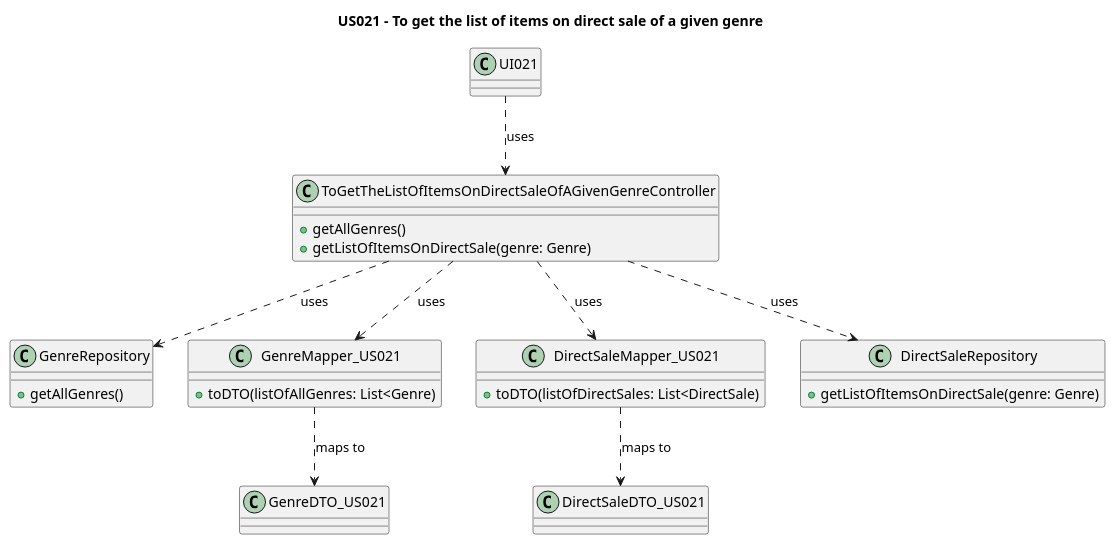
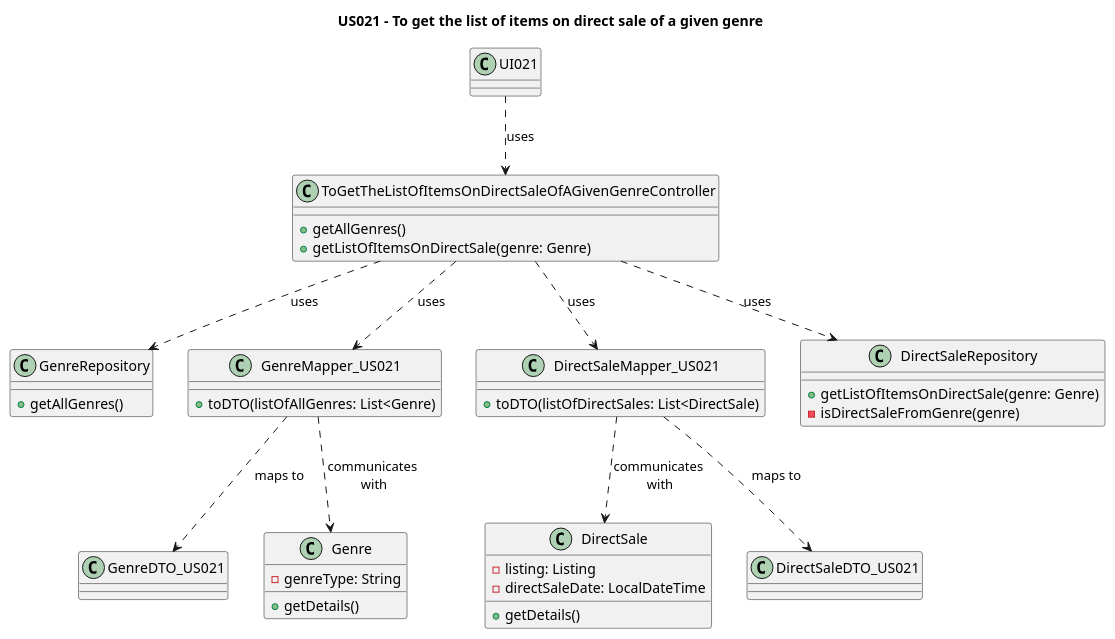
Before and after one commit to AndrePereiraGitH/SWitCH-Project-Team_A: the diagram in Diagrams/ClassDiagrams/US021-to-get-the-list-of-items-on-direct-sale-of-a-given-genre.puml, drawn with PlantUML. The commit also changed 1 other file, not shown here.

```diff
--- a/Diagrams/ClassDiagrams/US021-to-get-the-list-of-items-on-direct-sale-of-a-given-genre.puml
+++ b/Diagrams/ClassDiagrams/US021-to-get-the-list-of-items-on-direct-sale-of-a-given-genre.puml
@@ -1,89 +1,56 @@
 @startuml
 title US021 - To get the list of items on direct sale of a given genre
 
 class UI021 {
 
 }
 
 class ToGetTheListOfItemsOnDirectSaleOfAGivenGenreController {
   +getAllGenres()
   +getListOfItemsOnDirectSale(genre: Genre)
 }
 
 class GenreRepository {
   +getAllGenres()
 }
 
 class GenreDTO_US021 {
 }
 
+class Genre {
+    -genreType: String
+    +getDetails()
+}
+
 
 class GenreMapper_US021 {
    +toDTO(listOfAllGenres: List<Genre)
 }
 
 class DirectSaleMapper_US021 {
    +toDTO(listOfDirectSales: List<DirectSale)
 }
 
 class DirectSaleRepository {
   +getListOfItemsOnDirectSale(genre: Genre)
+  -isDirectSaleFromGenre(genre)
 }
 
-/'
 class DirectSale {
   - listing: Listing
+  - directSaleDate: LocalDateTime
   +getDetails()
 }
-
-class Listing {
-  - item: Item
-  - saleType: SaleType
-}
-
-enum SaleType {
-    DIRECT_SALE
-    AUCTION
-}
-
-class Item {
-    - publication: Publication
-}
-
-class Publication {
-    - bibliographicalData: BibliographicalData
-    - code: Code
-}
-
-class BibliographicalData {
-    - title: String
-    - genre: Genre
-}
-
-class Genre {
-    - genreType: String
-}
-'/
-
 ' Interactions
 
 UI021 ..> ToGetTheListOfItemsOnDirectSaleOfAGivenGenreController : uses
 ToGetTheListOfItemsOnDirectSaleOfAGivenGenreController ..> DirectSaleRepository : uses
 ToGetTheListOfItemsOnDirectSaleOfAGivenGenreController ..> GenreRepository : uses
 ToGetTheListOfItemsOnDirectSaleOfAGivenGenreController ..> GenreMapper_US021 : uses
 GenreMapper_US021 ..> GenreDTO_US021 : maps to
-'DirectSaleRepository "1 " --> " * " DirectSale : contains
+GenreMapper_US021 ..> Genre : communicates\n with
+DirectSaleMapper_US021 ..>  DirectSale : communicates\n with
 ToGetTheListOfItemsOnDirectSaleOfAGivenGenreController ..> DirectSaleMapper_US021 : uses
 DirectSaleMapper_US021 ..> DirectSaleDTO_US021 : maps to
-'DirectSaleMapper_US021 ..> DirectSale : uses
-/'
-DirectSale "1" --> "1" Listing : has
-Listing "                                *" --> "1" SaleType : can be\nsold by
-Listing "1"--> "1..*" Item : lists an
-Item "*" --> "1" Publication: has
-Publication "*" --> "1" BibliographicalData: has
-BibliographicalData "*" --> "1..*" Genre: has
-Genre "1" ..> "1" GenreRepository: uses
-'/
 
 @enduml
```
